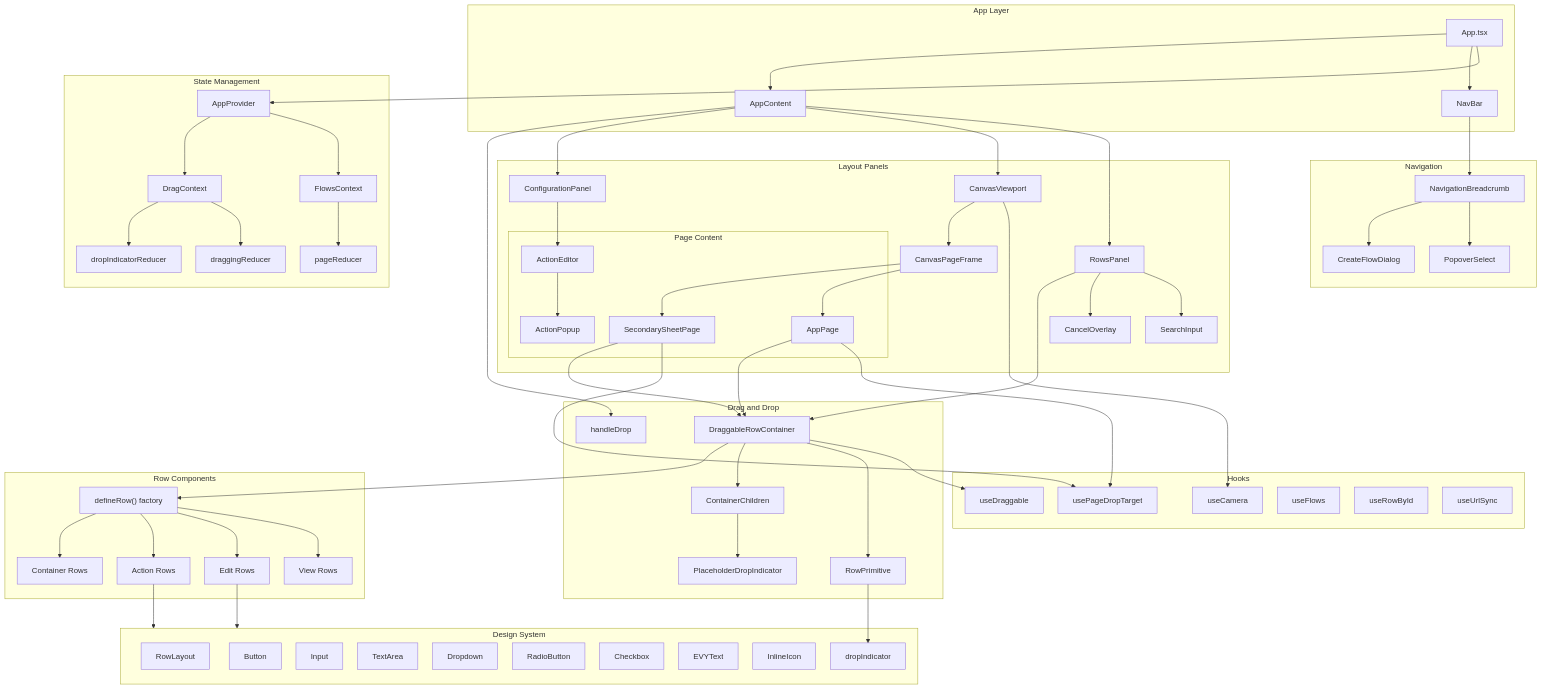
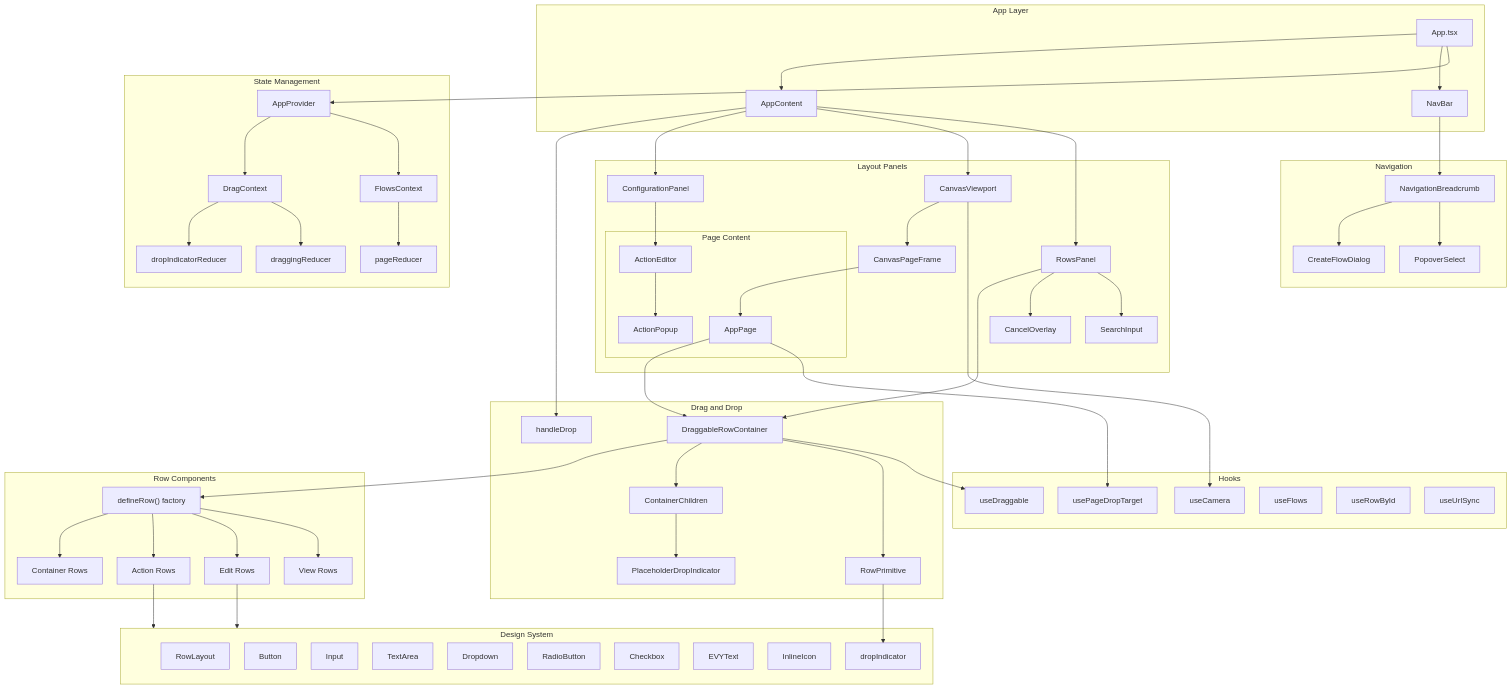
One commit to EVY-Platform/evy changed the diagram in web/README.md. Above: the diagram before and after it, drawn with Mermaid. The commit also changed other lines of this file and 69 other files, not shown here.

First line of the commit message:
[REFACTOR] Simplify code across focus mode always-on secondary page changes (#186)

```diff
--- a/web/README.md
+++ b/web/README.md
@@ -42,7 +42,6 @@
 
         subgraph pages [Page Content]
             AppPage[AppPage]
-            SecondarySheetPage[SecondarySheetPage]
             ActionEditor[ActionEditor]
             ActionPopup[ActionPopup]
         end
@@ -111,12 +110,9 @@
     CanvasViewport --> useCamera
     CanvasViewport --> CanvasPageFrame
     CanvasPageFrame --> AppPage
-    CanvasPageFrame --> SecondarySheetPage
 
     AppPage --> usePageDropTarget
     AppPage --> DraggableRowContainer
-    SecondarySheetPage --> usePageDropTarget
-    SecondarySheetPage --> DraggableRowContainer
 
     ConfigPanel --> ActionEditor
     ActionEditor --> ActionPopup
```
